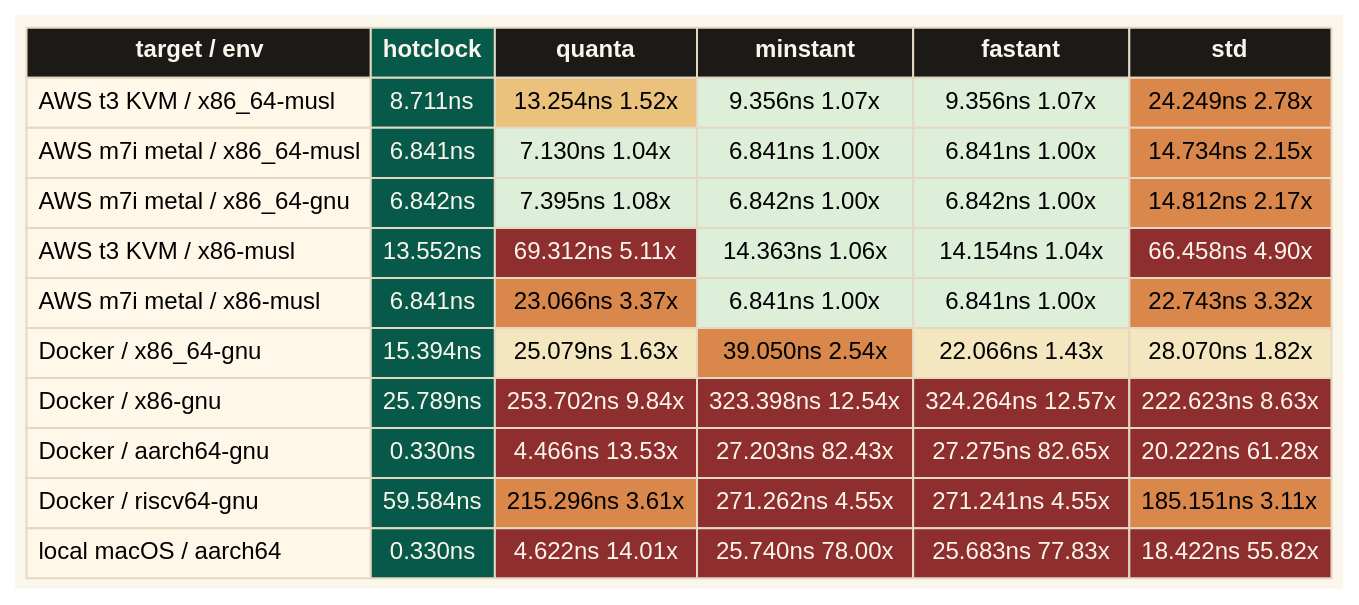
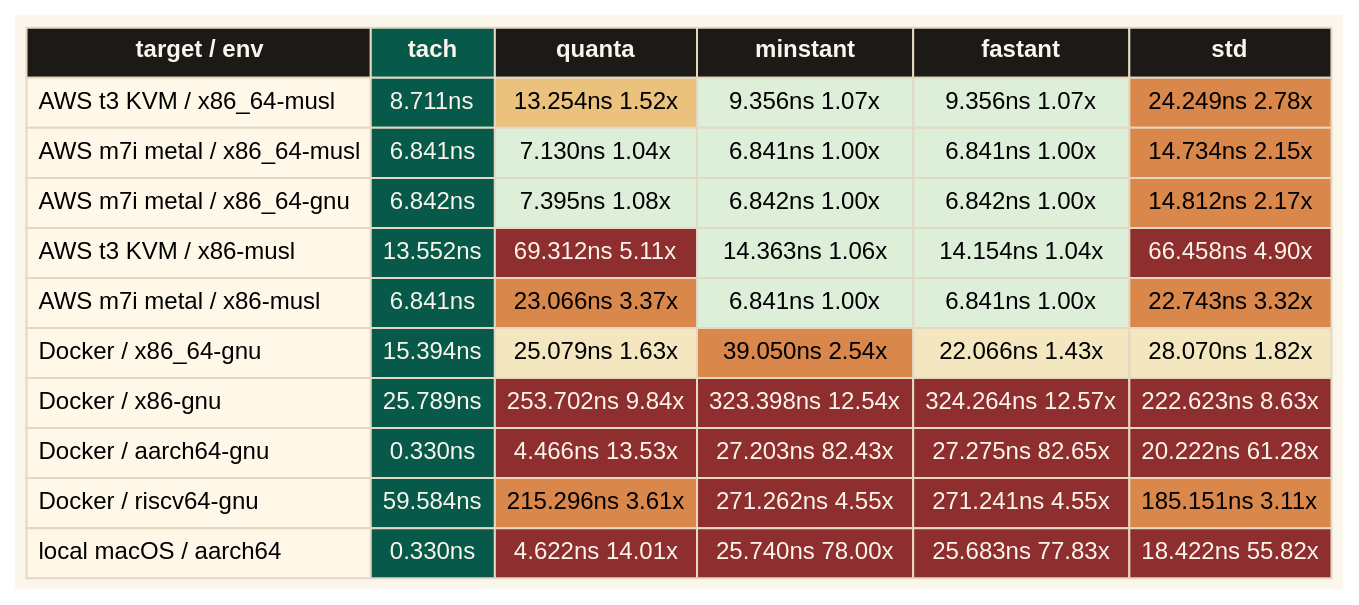
The diagram in benches/assets/benchmark-heatmap.dot (spence/hotclock), drawn with Graphviz before and after one commit. The commit also changed 31 other files, not shown here.

```diff
--- a/benches/assets/benchmark-heatmap.dot
+++ b/benches/assets/benchmark-heatmap.dot
@@ -1,109 +1,109 @@
 digraph benchmark {
   graph [
     bgcolor="#FBF6EC",
     margin=0,
     pad=0.08,
     rankdir=TB
   ];
 
   node [
     shape=plain,
     fontname="Avenir Next, Helvetica, Arial, sans-serif",
     fontsize=12
   ];
 
   benchmark [
     label=<
       <TABLE BORDER="0" CELLBORDER="1" CELLSPACING="0" CELLPADDING="5" COLOR="#E4D8C2">
         <TR>
           <TD BGCOLOR="#1B1A17"><FONT COLOR="#FBF6EC"><B>target / env</B></FONT></TD>
-          <TD BGCOLOR="#075A4A"><FONT COLOR="#FBF6EC"><B>hotclock</B></FONT></TD>
+          <TD BGCOLOR="#075A4A"><FONT COLOR="#FBF6EC"><B>tach</B></FONT></TD>
           <TD BGCOLOR="#1B1A17"><FONT COLOR="#FBF6EC"><B>quanta</B></FONT></TD>
           <TD BGCOLOR="#1B1A17"><FONT COLOR="#FBF6EC"><B>minstant</B></FONT></TD>
           <TD BGCOLOR="#1B1A17"><FONT COLOR="#FBF6EC"><B>fastant</B></FONT></TD>
           <TD BGCOLOR="#1B1A17"><FONT COLOR="#FBF6EC"><B>std</B></FONT></TD>
         </TR>
         <TR>
           <TD ALIGN="LEFT" BGCOLOR="#FFF8E8">AWS t3 KVM / x86_64-musl</TD>
           <TD BGCOLOR="#075A4A"><FONT COLOR="#FBF6EC">8.711ns</FONT></TD>
           <TD BGCOLOR="#EAC17D">13.254ns 1.52x</TD>
           <TD BGCOLOR="#DDEED9">9.356ns 1.07x</TD>
           <TD BGCOLOR="#DDEED9">9.356ns 1.07x</TD>
           <TD BGCOLOR="#D9874A">24.249ns 2.78x</TD>
         </TR>
         <TR>
           <TD ALIGN="LEFT" BGCOLOR="#FFF8E8">AWS m7i metal / x86_64-musl</TD>
           <TD BGCOLOR="#075A4A"><FONT COLOR="#FBF6EC">6.841ns</FONT></TD>
           <TD BGCOLOR="#DDEED9">7.130ns 1.04x</TD>
           <TD BGCOLOR="#DDEED9">6.841ns 1.00x</TD>
           <TD BGCOLOR="#DDEED9">6.841ns 1.00x</TD>
           <TD BGCOLOR="#D9874A">14.734ns 2.15x</TD>
         </TR>
         <TR>
           <TD ALIGN="LEFT" BGCOLOR="#FFF8E8">AWS m7i metal / x86_64-gnu</TD>
           <TD BGCOLOR="#075A4A"><FONT COLOR="#FBF6EC">6.842ns</FONT></TD>
           <TD BGCOLOR="#DDEED9">7.395ns 1.08x</TD>
           <TD BGCOLOR="#DDEED9">6.842ns 1.00x</TD>
           <TD BGCOLOR="#DDEED9">6.842ns 1.00x</TD>
           <TD BGCOLOR="#D9874A">14.812ns 2.17x</TD>
         </TR>
         <TR>
           <TD ALIGN="LEFT" BGCOLOR="#FFF8E8">AWS t3 KVM / x86-musl</TD>
           <TD BGCOLOR="#075A4A"><FONT COLOR="#FBF6EC">13.552ns</FONT></TD>
           <TD BGCOLOR="#8F2E2E"><FONT COLOR="#FBF6EC">69.312ns 5.11x</FONT></TD>
           <TD BGCOLOR="#DDEED9">14.363ns 1.06x</TD>
           <TD BGCOLOR="#DDEED9">14.154ns 1.04x</TD>
           <TD BGCOLOR="#8F2E2E"><FONT COLOR="#FBF6EC">66.458ns 4.90x</FONT></TD>
         </TR>
         <TR>
           <TD ALIGN="LEFT" BGCOLOR="#FFF8E8">AWS m7i metal / x86-musl</TD>
           <TD BGCOLOR="#075A4A"><FONT COLOR="#FBF6EC">6.841ns</FONT></TD>
           <TD BGCOLOR="#D9874A">23.066ns 3.37x</TD>
           <TD BGCOLOR="#DDEED9">6.841ns 1.00x</TD>
           <TD BGCOLOR="#DDEED9">6.841ns 1.00x</TD>
           <TD BGCOLOR="#D9874A">22.743ns 3.32x</TD>
         </TR>
         <TR>
           <TD ALIGN="LEFT" BGCOLOR="#FFF8E8">Docker / x86_64-gnu</TD>
           <TD BGCOLOR="#075A4A"><FONT COLOR="#FBF6EC">15.394ns</FONT></TD>
           <TD BGCOLOR="#F4E7BF">25.079ns 1.63x</TD>
           <TD BGCOLOR="#D9874A">39.050ns 2.54x</TD>
           <TD BGCOLOR="#F4E7BF">22.066ns 1.43x</TD>
           <TD BGCOLOR="#F4E7BF">28.070ns 1.82x</TD>
         </TR>
         <TR>
           <TD ALIGN="LEFT" BGCOLOR="#FFF8E8">Docker / x86-gnu</TD>
           <TD BGCOLOR="#075A4A"><FONT COLOR="#FBF6EC">25.789ns</FONT></TD>
           <TD BGCOLOR="#8F2E2E"><FONT COLOR="#FBF6EC">253.702ns 9.84x</FONT></TD>
           <TD BGCOLOR="#8F2E2E"><FONT COLOR="#FBF6EC">323.398ns 12.54x</FONT></TD>
           <TD BGCOLOR="#8F2E2E"><FONT COLOR="#FBF6EC">324.264ns 12.57x</FONT></TD>
           <TD BGCOLOR="#8F2E2E"><FONT COLOR="#FBF6EC">222.623ns 8.63x</FONT></TD>
         </TR>
         <TR>
           <TD ALIGN="LEFT" BGCOLOR="#FFF8E8">Docker / aarch64-gnu</TD>
           <TD BGCOLOR="#075A4A"><FONT COLOR="#FBF6EC">0.330ns</FONT></TD>
           <TD BGCOLOR="#8F2E2E"><FONT COLOR="#FBF6EC">4.466ns 13.53x</FONT></TD>
           <TD BGCOLOR="#8F2E2E"><FONT COLOR="#FBF6EC">27.203ns 82.43x</FONT></TD>
           <TD BGCOLOR="#8F2E2E"><FONT COLOR="#FBF6EC">27.275ns 82.65x</FONT></TD>
           <TD BGCOLOR="#8F2E2E"><FONT COLOR="#FBF6EC">20.222ns 61.28x</FONT></TD>
         </TR>
         <TR>
           <TD ALIGN="LEFT" BGCOLOR="#FFF8E8">Docker / riscv64-gnu</TD>
           <TD BGCOLOR="#075A4A"><FONT COLOR="#FBF6EC">59.584ns</FONT></TD>
           <TD BGCOLOR="#D9874A">215.296ns 3.61x</TD>
           <TD BGCOLOR="#8F2E2E"><FONT COLOR="#FBF6EC">271.262ns 4.55x</FONT></TD>
           <TD BGCOLOR="#8F2E2E"><FONT COLOR="#FBF6EC">271.241ns 4.55x</FONT></TD>
           <TD BGCOLOR="#D9874A">185.151ns 3.11x</TD>
         </TR>
         <TR>
           <TD ALIGN="LEFT" BGCOLOR="#FFF8E8">local macOS / aarch64</TD>
           <TD BGCOLOR="#075A4A"><FONT COLOR="#FBF6EC">0.330ns</FONT></TD>
           <TD BGCOLOR="#8F2E2E"><FONT COLOR="#FBF6EC">4.622ns 14.01x</FONT></TD>
           <TD BGCOLOR="#8F2E2E"><FONT COLOR="#FBF6EC">25.740ns 78.00x</FONT></TD>
           <TD BGCOLOR="#8F2E2E"><FONT COLOR="#FBF6EC">25.683ns 77.83x</FONT></TD>
           <TD BGCOLOR="#8F2E2E"><FONT COLOR="#FBF6EC">18.422ns 55.82x</FONT></TD>
         </TR>
       </TABLE>
     >
   ];
 }
```
